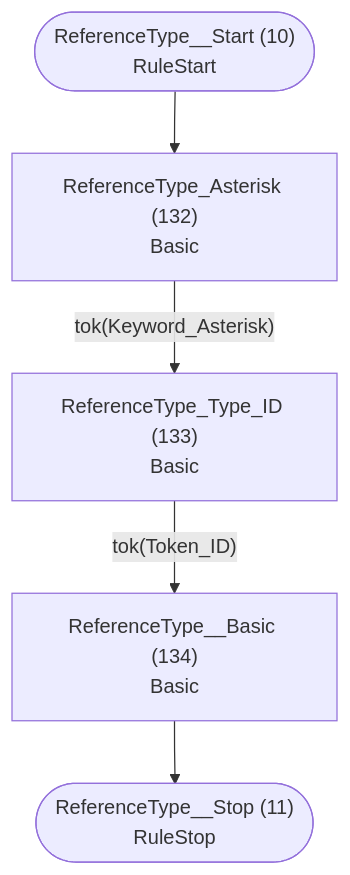
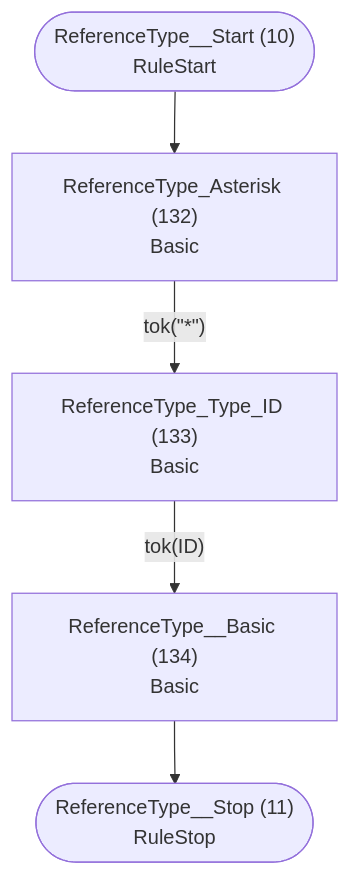
Before and after one commit to TypeFox/fastbelt: the sixth of 37 diagrams in internal/grammar/atn.md, drawn with Mermaid. The commit also changed other lines of this file and 3 other files, not shown here.

````diff
--- a/internal/grammar/atn.md
+++ b/internal/grammar/atn.md
@@ -184,13 +184,13 @@
 ```mermaid
 flowchart TD
     q10(["ReferenceType__Start (10)<br/>RuleStart"])
     q11(["ReferenceType__Stop (11)<br/>RuleStop"])
     q132["ReferenceType_Asterisk (132)<br/>Basic<br/>"]
     q133["ReferenceType_Type_ID (133)<br/>Basic<br/>"]
     q134["ReferenceType__Basic (134)<br/>Basic<br/>"]
 
     q10 --> q132
-    q132 -->|"tok(Keyword_Asterisk)"| q133
-    q133 -->|"tok(Token_ID)"| q134
+    q132 -->|"tok(&quot;*&quot;)"| q133
+    q133 -->|"tok(ID)"| q134
     q134 --> q11
 ```
````
